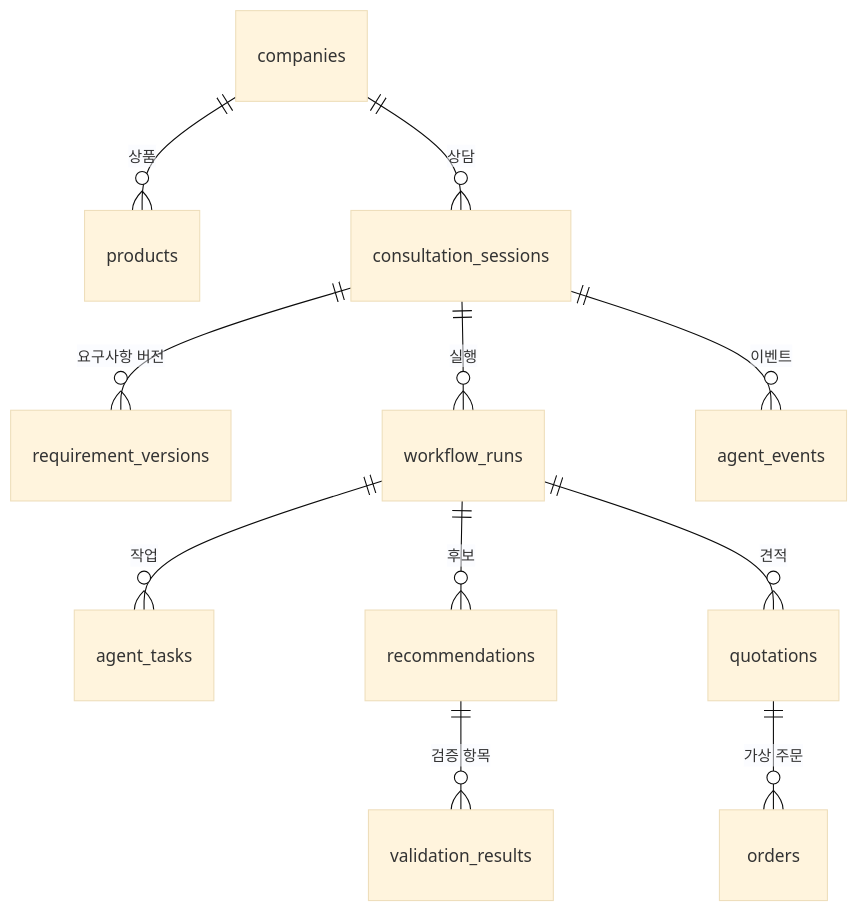
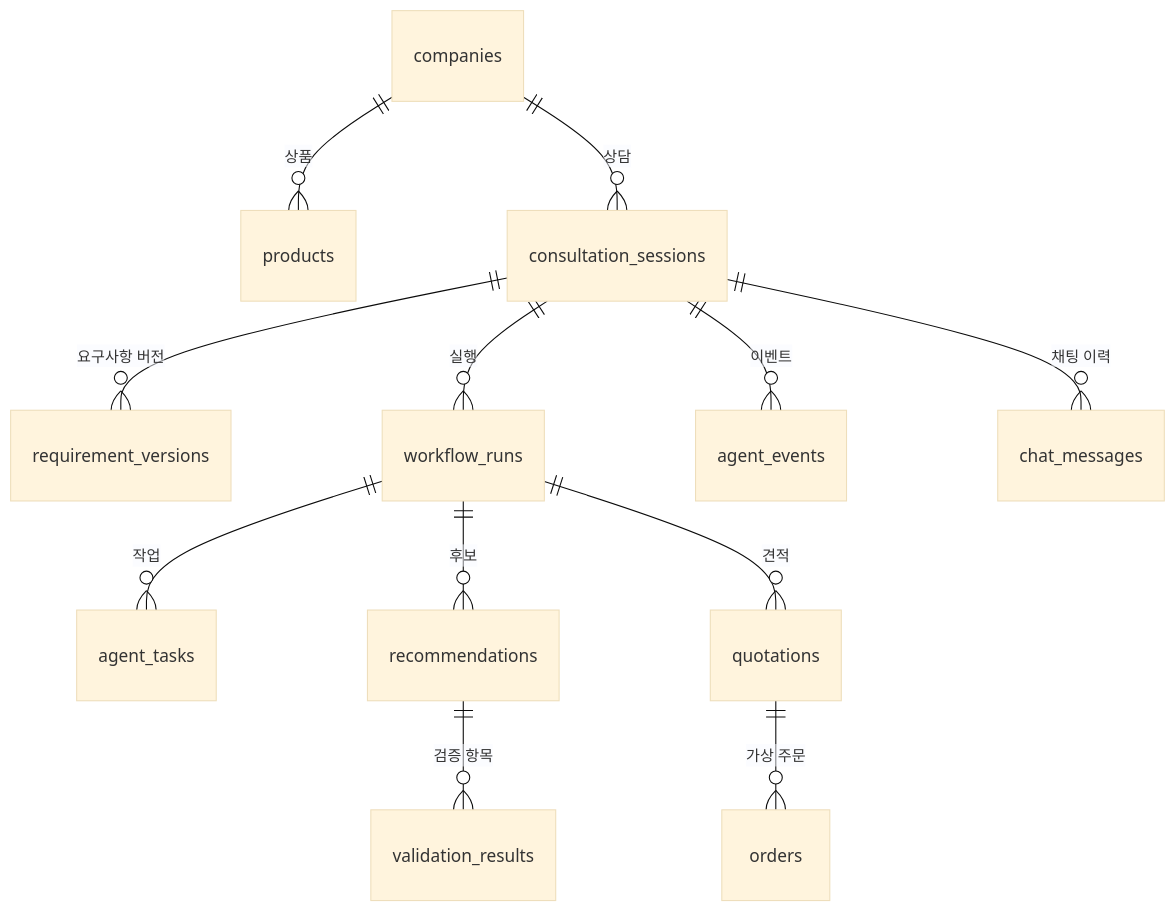
One commit to SKNETWORKS-FAMILY-AICAMP/SKN35-FINAL-6TEAM changed the third of 4 diagrams in docs/ARCHITECTURE.md. Above: the diagram before and after it, drawn with Mermaid (base theme). The commit also changed other lines of this file and 6 other files, not shown here.

````diff
--- a/docs/ARCHITECTURE.md
+++ b/docs/ARCHITECTURE.md
@@ -155,13 +174,14 @@
 ```mermaid
 erDiagram
   companies ||--o{ products : "상품"
   companies ||--o{ consultation_sessions : "상담"
   consultation_sessions ||--o{ requirement_versions : "요구사항 버전"
   consultation_sessions ||--o{ workflow_runs : "실행"
   consultation_sessions ||--o{ agent_events : "이벤트"
   workflow_runs ||--o{ agent_tasks : "작업"
   workflow_runs ||--o{ recommendations : "후보"
   recommendations ||--o{ validation_results : "검증 항목"
   workflow_runs ||--o{ quotations : "견적"
   quotations ||--o{ orders : "가상 주문"
+  consultation_sessions ||--o{ chat_messages : "채팅 이력"
 ```
````
